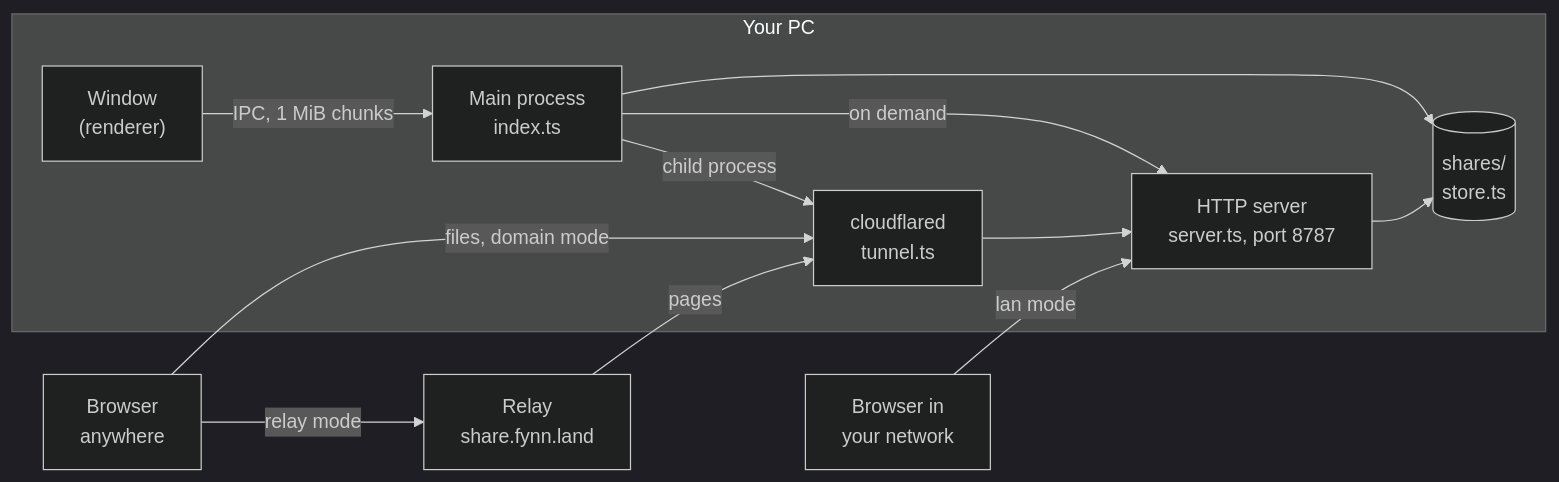
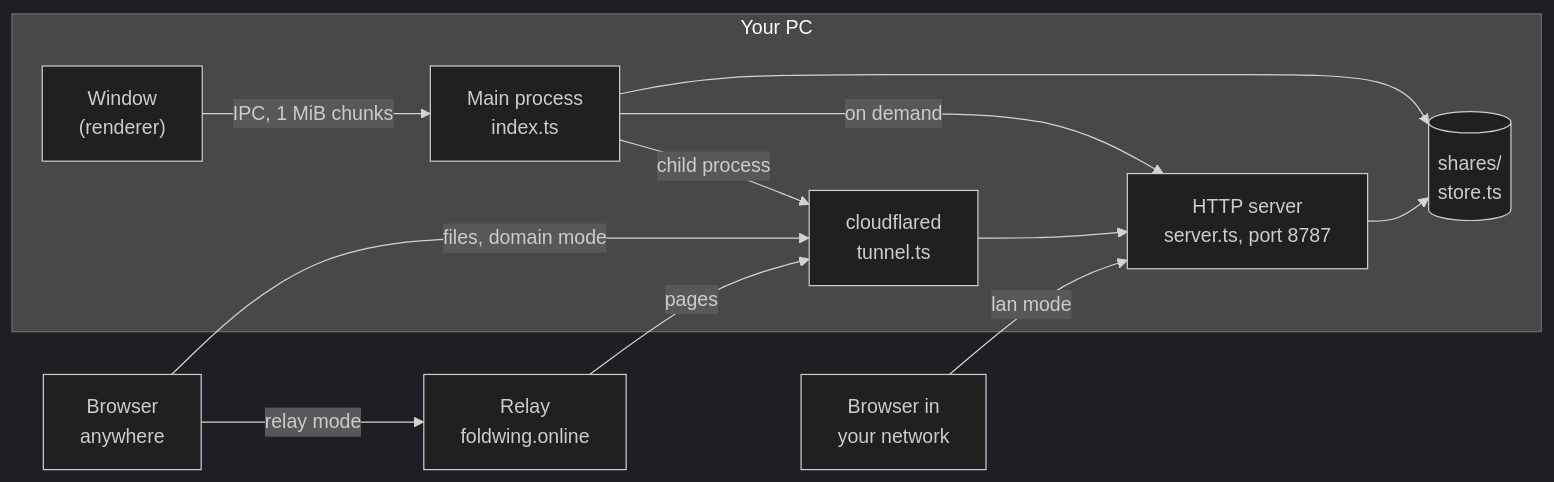
Before and after one commit to FynnXland/foldwing: the diagram in docs/architecture.md, drawn with Mermaid (dark theme). The commit also changed other lines of this file and 36 other files, not shown here.

First line of the commit message:
Foldwing 1.4.1: Relay auf foldwing.online, Moderations-Einstieg Admin

````diff
--- a/docs/architecture.md
+++ b/docs/architecture.md
@@ -19,15 +19,15 @@
 ```mermaid
 flowchart LR
     subgraph PC["Your PC"]
         UI["Window<br/>(renderer)"] -->|"IPC, 1 MiB chunks"| MAIN["Main process<br/>index.ts"]
         MAIN --> STORE[("shares/<br/>store.ts")]
         MAIN -->|"on demand"| SRV["HTTP server<br/>server.ts, port 8787"]
         MAIN -->|"child process"| CFD["cloudflared<br/>tunnel.ts"]
         SRV --> STORE
         CFD --> SRV
     end
     LAN["Browser in<br/>your network"] -->|"lan mode"| SRV
-    RELAY["Relay<br/>share.fynn.land"] -->|"pages"| CFD
+    RELAY["Relay<br/>foldwing.online"] -->|"pages"| CFD
     WEB["Browser<br/>anywhere"] -->|"relay mode"| RELAY
     WEB -->|"files, domain mode"| CFD
 ```
````
